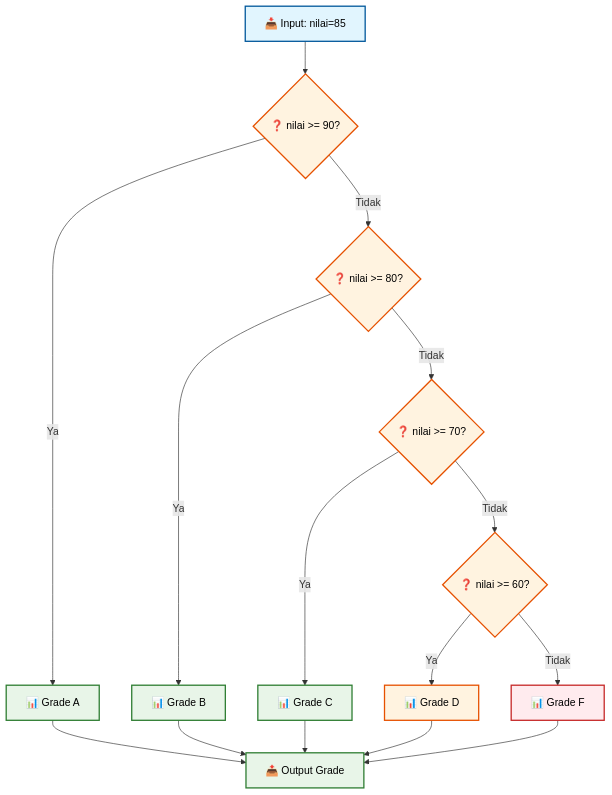
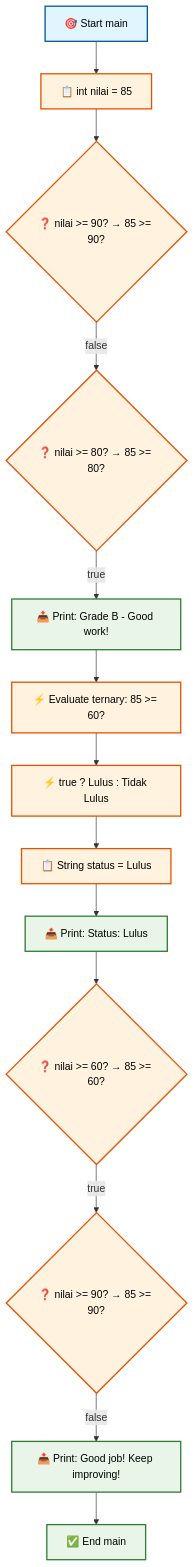
The fourth of 15 diagrams in minggu2.md (antonprafanto/flutter), drawn with Mermaid before and after one commit. The commit also changed other lines of this file, not shown here.

````diff
--- a/minggu2.md
+++ b/minggu2.md
@@ -226,29 +264,29 @@
 ```mermaid
 flowchart TD
-    A[📥 Input: nilai=85] --> B{❓ nilai >= 90?}
-    B -->|Ya| C[📊 Grade A]
-    B -->|Tidak| D{❓ nilai >= 80?}
-    D -->|Ya| E[📊 Grade B]
-    D -->|Tidak| F{❓ nilai >= 70?}
-    F -->|Ya| G[📊 Grade C]
-    F -->|Tidak| H{❓ nilai >= 60?}
-    H -->|Ya| I[📊 Grade D]
-    H -->|Tidak| J[📊 Grade F]
-    E --> K[📤 Output Grade]
-    C --> K
-    G --> K
-    I --> K
-    J --> K
+    A[🎯 Start main] --> B[📋 int nilai = 85]
+    B --> C{❓ nilai >= 90? → 85 >= 90?}
+    C -->|false| D{❓ nilai >= 80? → 85 >= 80?}
+    D -->|true| E[📤 Print: Grade B - Good work!]
+    E --> F[⚡ Evaluate ternary: 85 >= 60?]
+    F --> G[⚡ true ? Lulus : Tidak Lulus]
+    G --> H[📋 String status = Lulus]
+    H --> I[📤 Print: Status: Lulus]
+    I --> J{❓ nilai >= 60? → 85 >= 60?}
+    J -->|true| K{❓ nilai >= 90? → 85 >= 90?}
+    K -->|false| L[📤 Print: Good job! Keep improving!]
+    L --> M[✅ End main]
     
     style A fill:#e1f5fe,stroke:#01579b,stroke-width:2px,color:#000
     style B fill:#fff3e0,stroke:#e65100,stroke-width:2px,color:#000
+    style C fill:#fff3e0,stroke:#e65100,stroke-width:2px,color:#000
     style D fill:#fff3e0,stroke:#e65100,stroke-width:2px,color:#000
+    style E fill:#e8f5e8,stroke:#2e7d32,stroke-width:2px,color:#000
     style F fill:#fff3e0,stroke:#e65100,stroke-width:2px,color:#000
+    style G fill:#fff3e0,stroke:#e65100,stroke-width:2px,color:#000
     style H fill:#fff3e0,stroke:#e65100,stroke-width:2px,color:#000
-    style C fill:#e8f5e8,stroke:#2e7d32,stroke-width:2px,color:#000
-    style E fill:#e8f5e8,stroke:#2e7d32,stroke-width:2px,color:#000
-    style G fill:#e8f5e8,stroke:#2e7d32,stroke-width:2px,color:#000
-    style I fill:#fff3e0,stroke:#e65100,stroke-width:2px,color:#000
-    style J fill:#ffebee,stroke:#c62828,stroke-width:2px,color:#000
-    style K fill:#e8f5e8,stroke:#2e7d32,stroke-width:2px,color:#000
+    style I fill:#e8f5e8,stroke:#2e7d32,stroke-width:2px,color:#000
+    style J fill:#fff3e0,stroke:#e65100,stroke-width:2px,color:#000
+    style K fill:#fff3e0,stroke:#e65100,stroke-width:2px,color:#000
+    style L fill:#e8f5e8,stroke:#2e7d32,stroke-width:2px,color:#000
+    style M fill:#e8f5e8,stroke:#2e7d32,stroke-width:2px,color:#000
 ```
````
